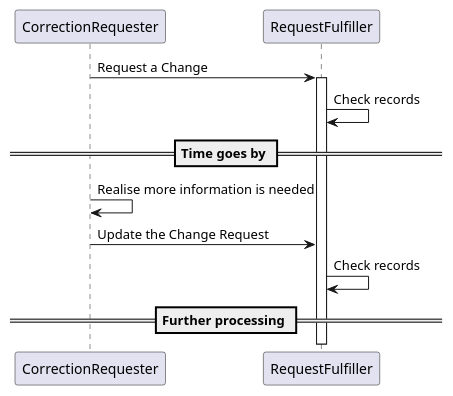
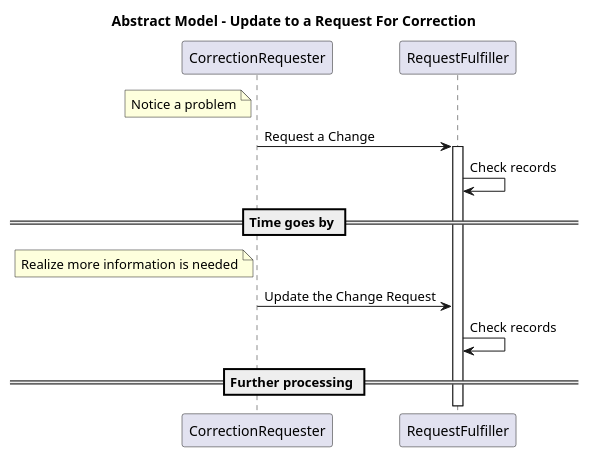
The diagram in input/images-source/use-case-4.plantuml (HL7/fhir-patient-correction), drawn with PlantUML before and after one commit. The commit also changed 24 other files, not shown here.

Commit message:
cleanup sequence diagrams, remove old ones, and add details in Communication flow

```diff
--- a/input/images-source/use-case-4.plantuml
+++ b/input/images-source/use-case-4.plantuml
@@ -1,13 +1,20 @@
 @startuml
-note left: Notice a problem
+title Abstract Model - Update to a Request For Correction
+
+note left of CorrectionRequester
+Notice a problem
+end note
+
 CorrectionRequester->RequestFulfiller : Request a Change
 Activate RequestFulfiller
 RequestFulfiller->RequestFulfiller : Check records
 
 == Time goes by ==
-CorrectionRequester->CorrectionRequester: Realise more information is needed
+note left of CorrectionRequester
+Realize more information is needed
+end note
 CorrectionRequester->RequestFulfiller : Update the Change Request
 RequestFulfiller->RequestFulfiller : Check records
 
 == Further processing ==
 @enduml
```
